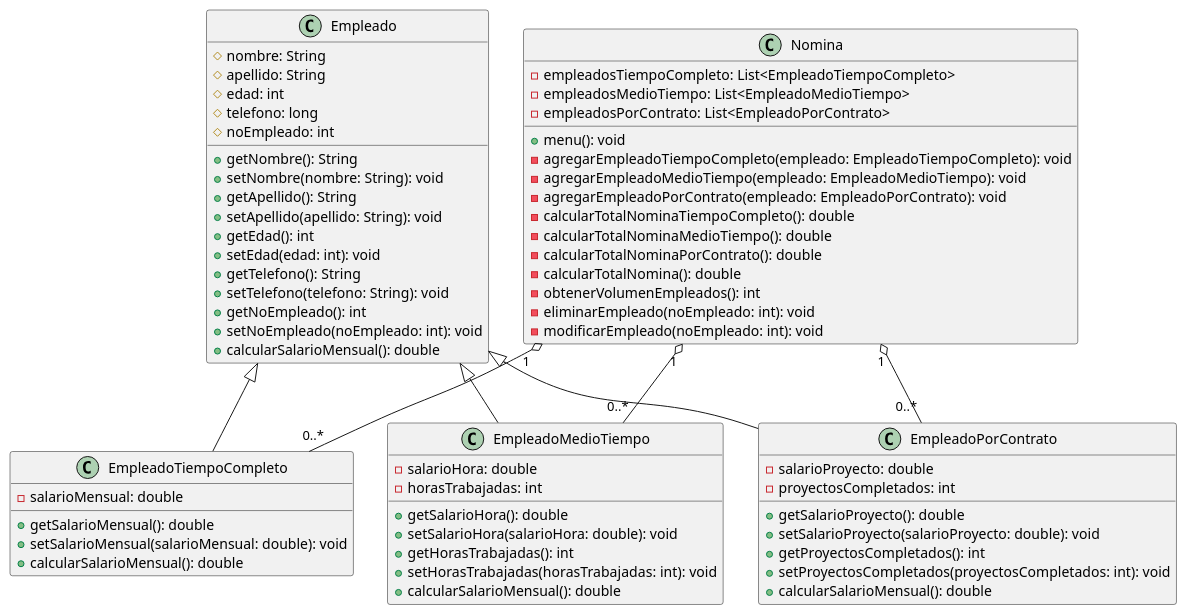
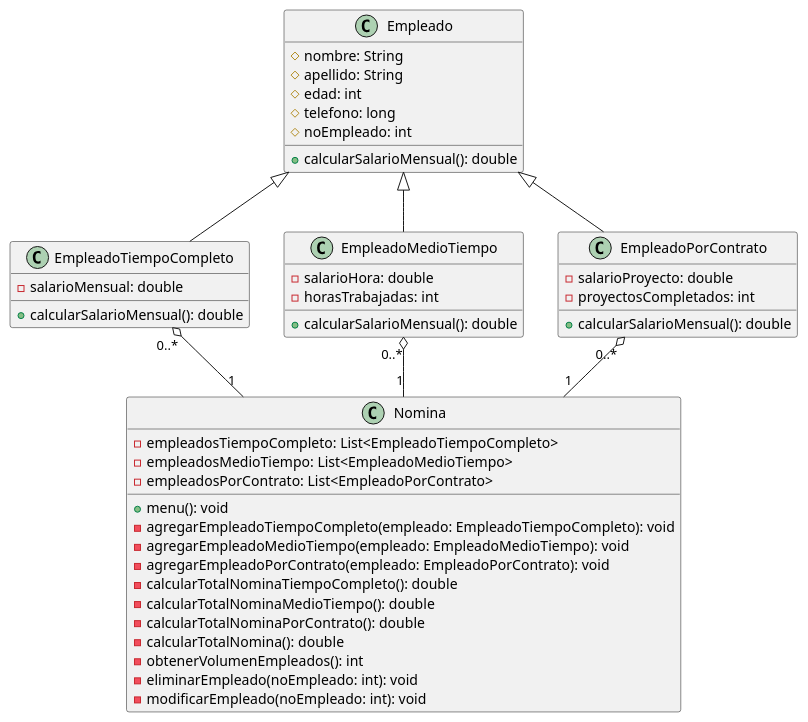
One commit to jesus-castro89/prog_avanzada changed the diagram in Writerside/topics/ejemplo-2.md. Above: the diagram before and after it, drawn with PlantUML. The commit also changed other lines of this file, not shown here.

````diff
--- a/Writerside/topics/ejemplo-2.md
+++ b/Writerside/topics/ejemplo-2.md
@@ -46,75 +46,55 @@
 ```plantuml
 @startuml
 
 class Empleado {
     # nombre: String
     # apellido: String
     # edad: int
     # telefono: long
     # noEmpleado: int
-    + getNombre(): String
-    + setNombre(nombre: String): void
-    + getApellido(): String
-    + setApellido(apellido: String): void
-    + getEdad(): int
-    + setEdad(edad: int): void
-    + getTelefono(): String
-    + setTelefono(telefono: String): void
-    + getNoEmpleado(): int
-    + setNoEmpleado(noEmpleado: int): void
     + calcularSalarioMensual(): double
 }
 
 class EmpleadoTiempoCompleto {
     - salarioMensual: double
-    + getSalarioMensual(): double
-    + setSalarioMensual(salarioMensual: double): void
     + calcularSalarioMensual(): double
 }
 
 class EmpleadoMedioTiempo {
     - salarioHora: double
     - horasTrabajadas: int
-    + getSalarioHora(): double
-    + setSalarioHora(salarioHora: double): void
-    + getHorasTrabajadas(): int
-    + setHorasTrabajadas(horasTrabajadas: int): void
     + calcularSalarioMensual(): double
 }
 
 class EmpleadoPorContrato {
     - salarioProyecto: double
     - proyectosCompletados: int
-    + getSalarioProyecto(): double
-    + setSalarioProyecto(salarioProyecto: double): void
-    + getProyectosCompletados(): int
-    + setProyectosCompletados(proyectosCompletados: int): void
     + calcularSalarioMensual(): double
 }
 
 class Nomina {
     - empleadosTiempoCompleto: List<EmpleadoTiempoCompleto>
     - empleadosMedioTiempo: List<EmpleadoMedioTiempo>
     - empleadosPorContrato: List<EmpleadoPorContrato>
     + menu(): void
     - agregarEmpleadoTiempoCompleto(empleado: EmpleadoTiempoCompleto): void
     - agregarEmpleadoMedioTiempo(empleado: EmpleadoMedioTiempo): void
     - agregarEmpleadoPorContrato(empleado: EmpleadoPorContrato): void
     - calcularTotalNominaTiempoCompleto(): double
     - calcularTotalNominaMedioTiempo(): double
     - calcularTotalNominaPorContrato(): double
     - calcularTotalNomina(): double
     - obtenerVolumenEmpleados(): int
     - eliminarEmpleado(noEmpleado: int): void
     - modificarEmpleado(noEmpleado: int): void
 }
 
 Empleado <|-- EmpleadoTiempoCompleto
 Empleado <|-- EmpleadoMedioTiempo
 Empleado <|-- EmpleadoPorContrato
-Nomina "1" o-- "0..*" EmpleadoTiempoCompleto
-Nomina "1" o-- "0..*" EmpleadoMedioTiempo
-Nomina "1" o-- "0..*" EmpleadoPorContrato
+EmpleadoMedioTiempo "0..*" o-- "1" Nomina
+EmpleadoPorContrato "0..*" o-- "1" Nomina
+EmpleadoTiempoCompleto "0..*" o-- "1" Nomina
 
 @enduml
 ```
````
